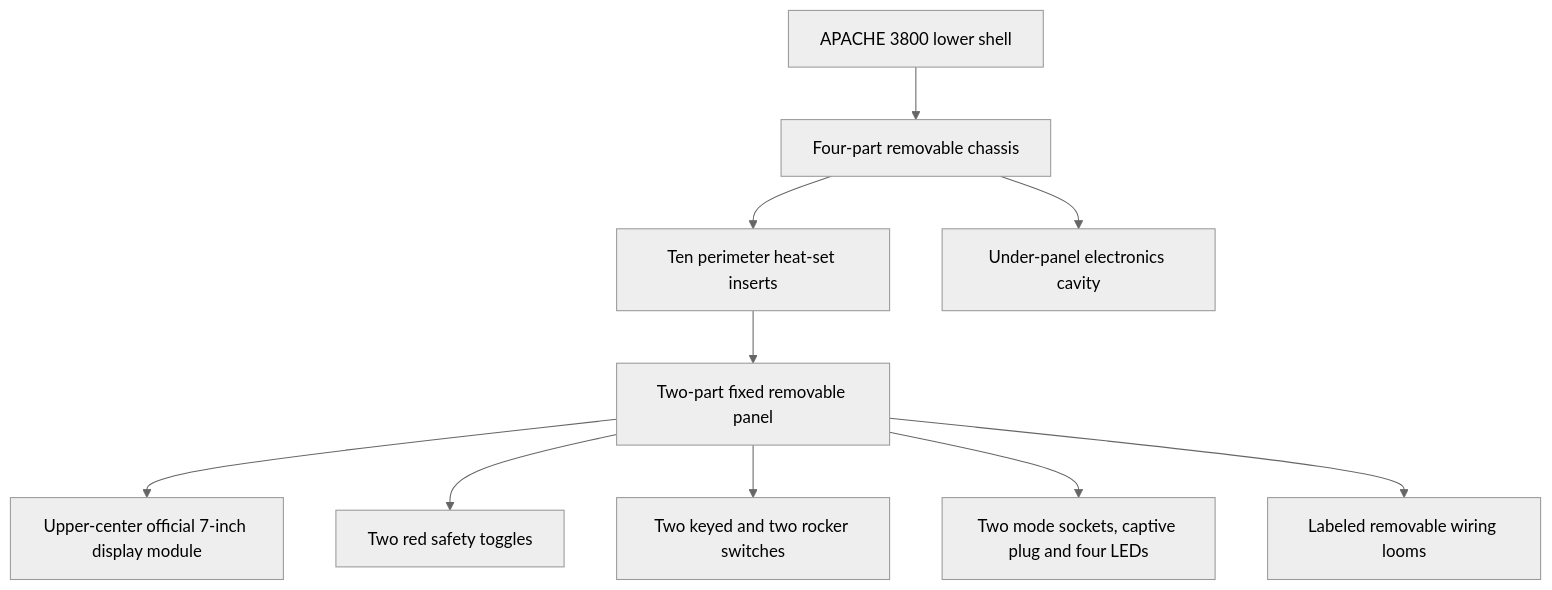
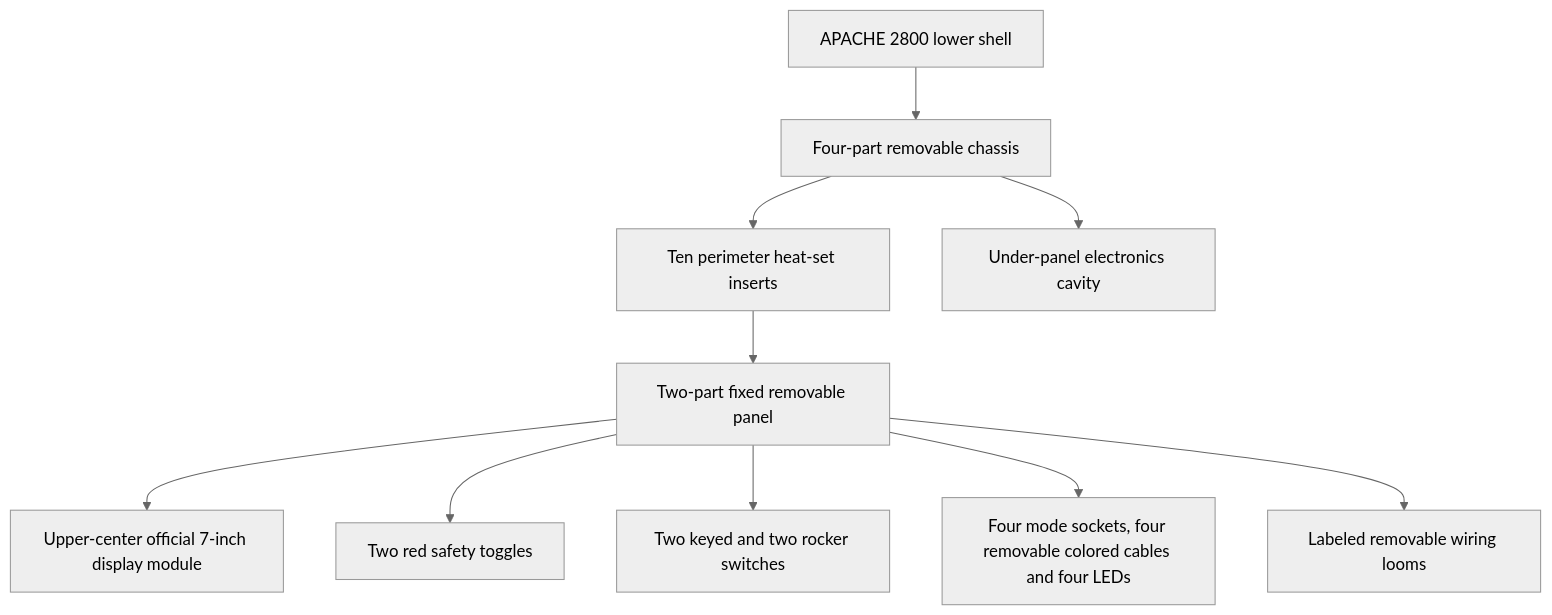
Before and after one commit to Andworx/Copilot-IoT-Game: the third of 8 diagrams in 3d Models/apache case/DESIGN_DOCUMENT.md, drawn with Mermaid (neutral theme). The commit also changed other lines of this file and 1241 other files, not shown here.

````diff
--- a/3d Models/apache case/DESIGN_DOCUMENT.md
+++ b/3d Models/apache case/DESIGN_DOCUMENT.md
@@ -247,12 +388,12 @@
 ```mermaid
 flowchart TB
-    Case[APACHE 3800 lower shell] --> Frame[Four-part removable chassis]
+    Case[APACHE 2800 lower shell] --> Frame[Four-part removable chassis]
     Frame --> Inserts[Ten perimeter heat-set inserts]
     Inserts --> Fixed[Two-part fixed removable panel]
     Fixed --> Screen[Upper-center official 7-inch display module]
     Fixed --> Safety[Two red safety toggles]
     Fixed --> Keys[Two keyed and two rocker switches]
-    Fixed --> Utility[Two mode sockets, captive plug and four LEDs]
+    Fixed --> Utility[Four mode sockets, four removable colored cables and four LEDs]
     Frame --> Electronics[Under-panel electronics cavity]
     Fixed --> Looms[Labeled removable wiring looms]
 ```
````
